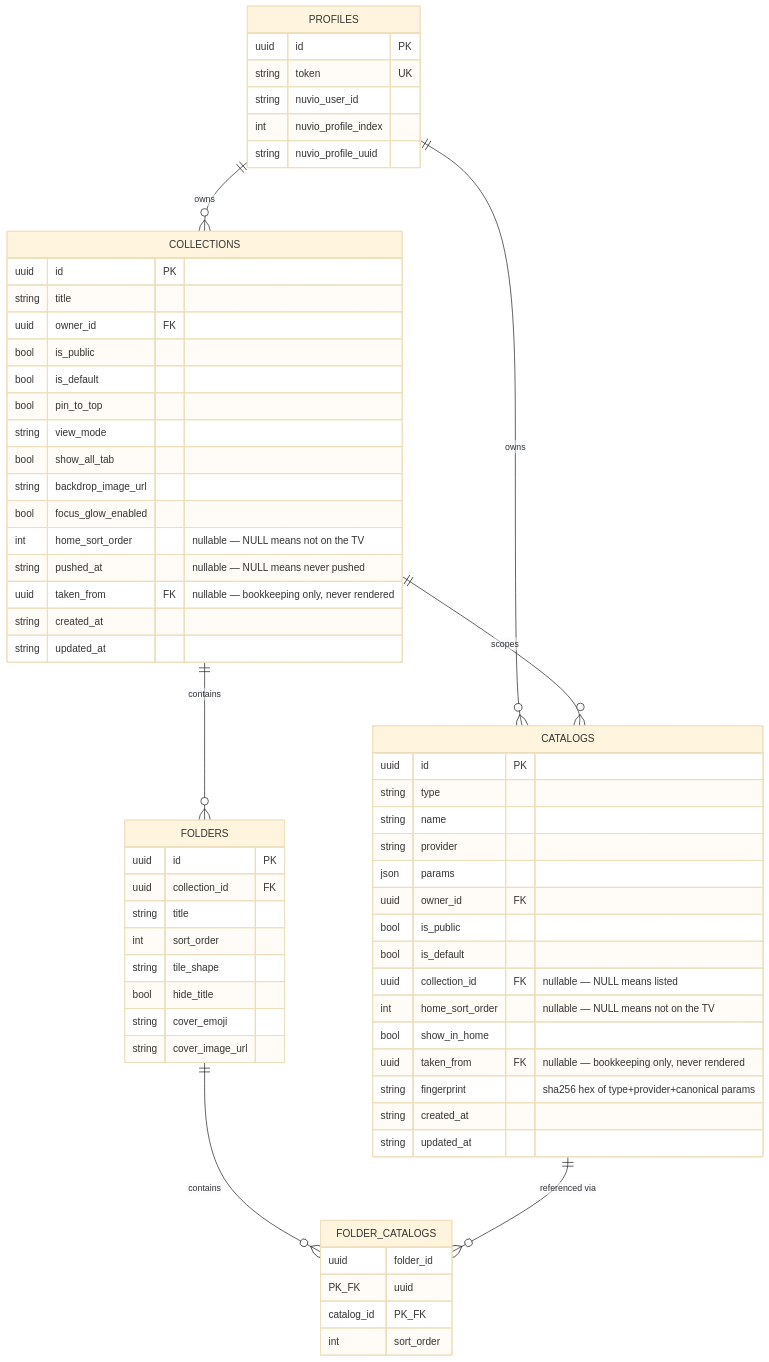
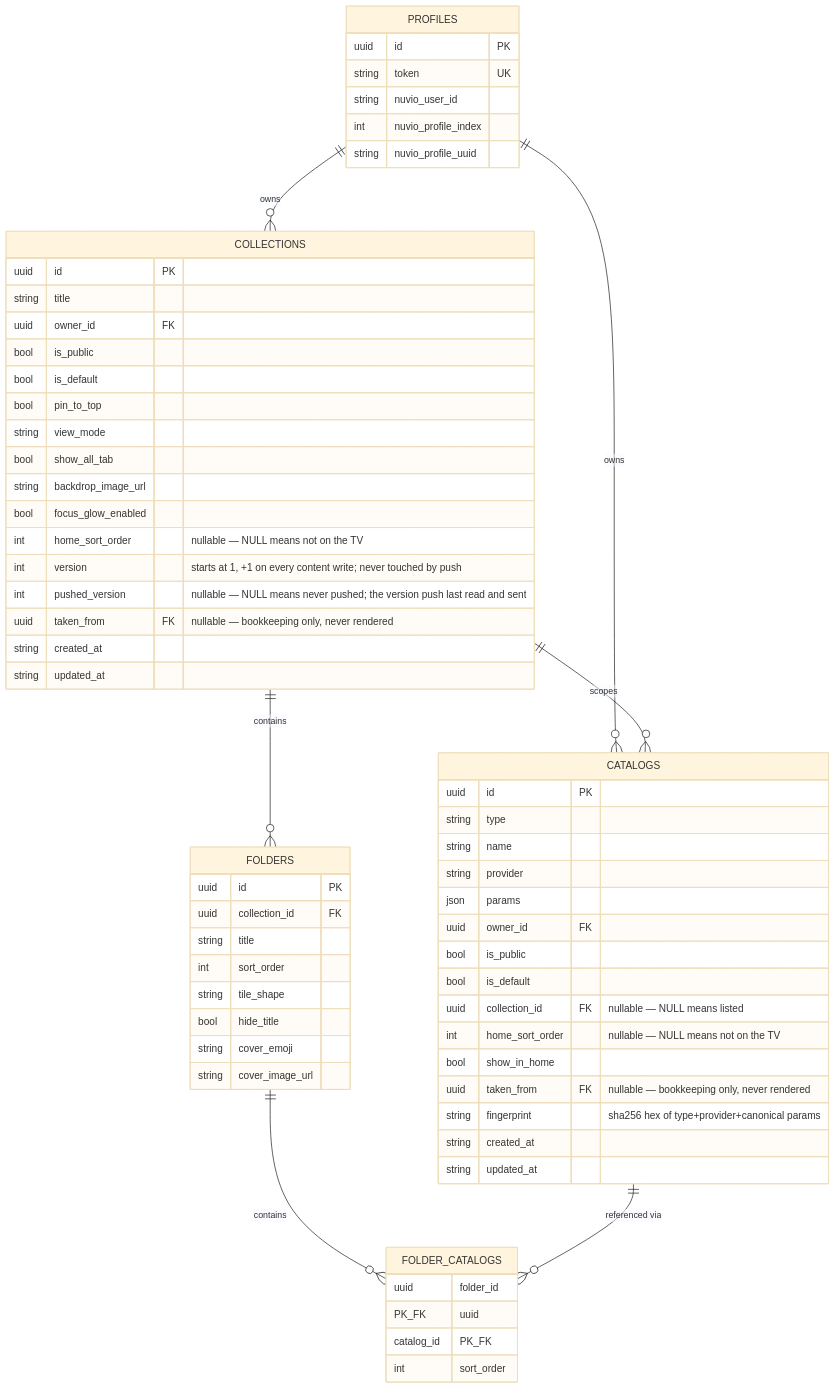
One commit to hiidz/uno changed the diagram in docs/data-model.md. Above: the diagram before and after it, drawn with Mermaid (base theme). The commit also changed other lines of this file and 45 other files, not shown here.

````diff
--- a/docs/data-model.md
+++ b/docs/data-model.md
@@ -11,66 +11,67 @@
 ```mermaid
 erDiagram
   PROFILES ||--o{ CATALOGS : owns
   PROFILES ||--o{ COLLECTIONS : owns
   COLLECTIONS ||--o{ FOLDERS : contains
   COLLECTIONS ||--o{ CATALOGS : scopes
   FOLDERS ||--o{ FOLDER_CATALOGS : contains
   CATALOGS ||--o{ FOLDER_CATALOGS : "referenced via"
 
   PROFILES {
     uuid id PK
     string token UK
     string nuvio_user_id
     int nuvio_profile_index
     string nuvio_profile_uuid
   }
   CATALOGS {
     uuid id PK
     string type
     string name
     string provider
     json params
     uuid owner_id FK
     bool is_public
     bool is_default
     uuid collection_id FK "nullable — NULL means listed"
     int home_sort_order "nullable — NULL means not on the TV"
     bool show_in_home
     uuid taken_from FK "nullable — bookkeeping only, never rendered"
     string fingerprint "sha256 hex of type+provider+canonical params"
     string created_at
     string updated_at
   }
   COLLECTIONS {
     uuid id PK
     string title
     uuid owner_id FK
     bool is_public
     bool is_default
     bool pin_to_top
     string view_mode
     bool show_all_tab
     string backdrop_image_url
     bool focus_glow_enabled
     int home_sort_order "nullable — NULL means not on the TV"
-    string pushed_at "nullable — NULL means never pushed"
+    int version "starts at 1, +1 on every content write; never touched by push"
+    int pushed_version "nullable — NULL means never pushed; the version push last read and sent"
     uuid taken_from FK "nullable — bookkeeping only, never rendered"
     string created_at
     string updated_at
   }
   FOLDERS {
     uuid id PK
     uuid collection_id FK
     string title
     int sort_order
     string tile_shape
     bool hide_title
     string cover_emoji
     string cover_image_url
   }
   FOLDER_CATALOGS {
     uuid folder_id PK_FK
     uuid catalog_id PK_FK
     int sort_order
   }
 ```
````
